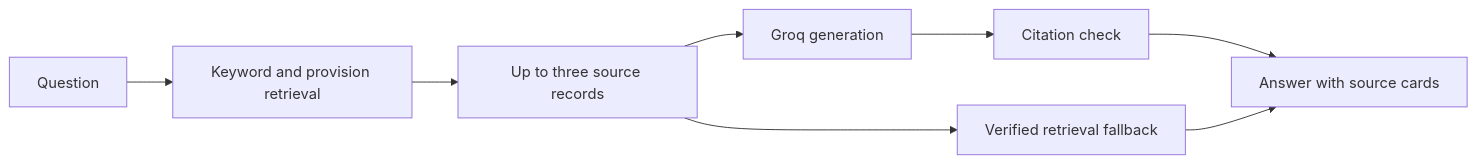
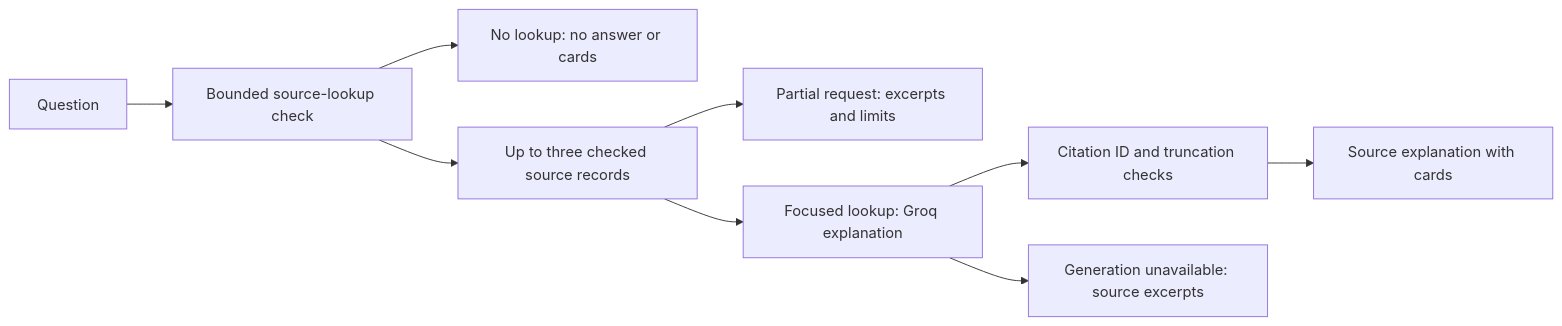
One commit to Owaiskhan3320/citation-grounded-legal-rag changed the diagram in README.md. Above: the diagram before and after it, drawn with Mermaid. The commit also changed other lines of this file and 14 other files, not shown here.

Commit message:
bound consumer source lookups and expose request limits

````diff
--- a/README.md
+++ b/README.md
@@ -44,10 +44,11 @@
 ```mermaid
 flowchart LR
-    Q[Question] --> R[Keyword and provision retrieval]
-    R --> E[Up to three source records]
-    E --> G[Groq generation]
-    G --> C[Citation check]
-    C --> V[Answer with source cards]
-    E --> F[Verified retrieval fallback]
-    F --> V
+    Q[Question] --> R[Bounded source-lookup check]
+    R --> N[No lookup: no answer or cards]
+    R --> E[Up to three checked source records]
+    E --> P[Partial request: excerpts and limits]
+    E --> G[Focused lookup: Groq explanation]
+    G --> C[Citation ID and truncation checks]
+    C --> V[Source explanation with cards]
+    G --> F[Generation unavailable: source excerpts]
 ```
````
